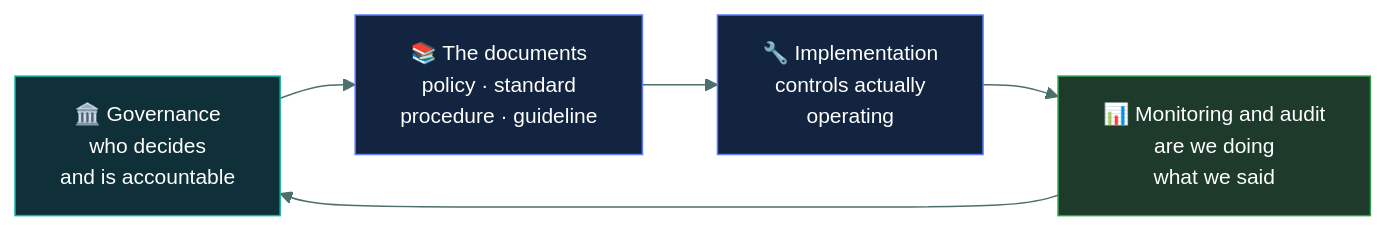
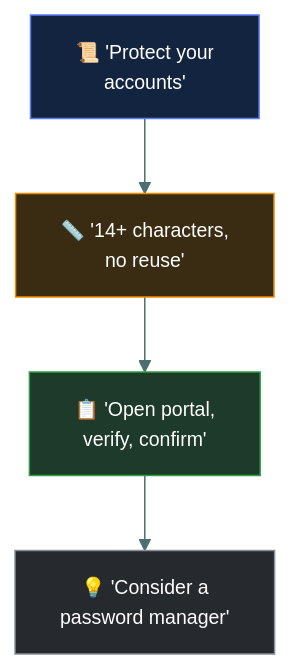
Before and after one commit to tarunTejaDesireddy/cc-exam-prep: the second of 3 diagrams in 01-security-principles/governance-documents/README.md, drawn with Mermaid. The commit also changed other lines of this file and 1 other file, not shown here.

First line of the commit message:
Rewrite governance-documents with the four-document caveman walkthrough

````diff
--- a/01-security-principles/governance-documents/README.md
+++ b/01-security-principles/governance-documents/README.md
@@ -173,13 +201,12 @@
 ```mermaid
-%%{init: {'theme':'base','themeVariables':{'fontSize':'14px','lineColor':'#4d6f6e','textColor':'#dbe7e6'}}}%%
-flowchart LR
-    G["🏛️ Governance<br/>who decides<br/>and is accountable"] --> D["📚 The documents<br/>policy · standard<br/>procedure · guideline"]
-    D --> I["🔧 Implementation<br/>controls actually<br/>operating"]
-    I --> M["📊 Monitoring and audit<br/>are we doing<br/>what we said"]
-    M --> G
+%%{init: {'theme':'base','themeVariables':{'fontFamily':'Segoe UI, Helvetica Neue, Arial, sans-serif','fontSize':'13px','lineColor':'#4d6f6e','textColor':'#dbe7e6'}}}%%
+flowchart TD
+    P["📜 'Protect your<br/>accounts'"] --> S["📏 '14+ characters,<br/>no reuse'"]
+    S --> PR["📋 'Open portal,<br/>verify, confirm'"]
+    PR --> G["💡 'Consider a<br/>password manager'"]
 
-    style G fill:#0f3038,stroke:#12B5A5,color:#fff
-    style D fill:#12243f,stroke:#5C7CFA,color:#fff
-    style I fill:#12243f,stroke:#5C7CFA,color:#fff
-    style M fill:#1d3a2a,stroke:#2F9E44,color:#fff
+    style P fill:#12243f,stroke:#5C7CFA,color:#fff
+    style S fill:#3a2c12,stroke:#F08C00,color:#fff
+    style PR fill:#1d3a2a,stroke:#2F9E44,color:#fff
+    style G fill:#26292e,stroke:#868E96,color:#fff
 ```
````
